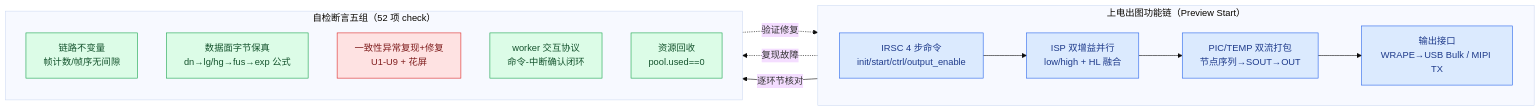
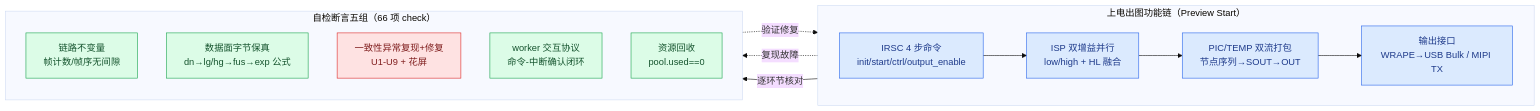
One commit to DeguiLiu/coact changed the diagram in docs/functional_test_report_zh.md. Above: the diagram before and after it, drawn with Mermaid (base theme). The commit also changed other lines of this file and 1 other file, not shown here.

Commit message:
story-docs(dm): update functional test report to 66 assertions

````diff
--- a/docs/functional_test_report_zh.md
+++ b/docs/functional_test_report_zh.md
@@ -7,23 +7,23 @@
 ```mermaid
 flowchart LR
     subgraph BOOT["上电出图功能链（Preview Start）"]
         direction LR
         A1["IRSC 4 步命令<br/>init/start/ctrl/output_enable"]:::f1 --> A2["ISP 双增益并行<br/>low/high + HL 融合"]:::f1
         A2 --> A3["PIC/TEMP 双流打包<br/>节点序列→SOUT→OUT"]:::f1
         A3 --> A4["输出接口<br/>WRAPE→USB Bulk / MIPI TX"]:::f1
     end
-    subgraph ASSERT["自检断言五组（52 项 check）"]
+    subgraph ASSERT["自检断言五组（66 项 check）"]
         direction TB
         B1["链路不变量<br/>帧计数/帧序无间隙"]:::f2
         B2["数据面字节保真<br/>dn→lg/hg→fus→exp 公式"]:::f2
         B3["一致性异常复现+修复<br/>U1-U9 + 花屏"]:::f3
         B4["worker 交互协议<br/>命令-中断确认闭环"]:::f2
         B5["资源回收<br/>pool.used==0"]:::f2
     end
     BOOT -->|"逐环节核对"| ASSERT
     A3 -.->|"复现故障"| B3
     B3 -.->|"验证修复"| A3
     classDef f1 fill:#dbeafe,stroke:#2563eb,color:#1e3a8a
     classDef f2 fill:#dcfce7,stroke:#16a34a,color:#14532d
     classDef f3 fill:#fee2e2,stroke:#dc2626,color:#7f1d1d
 ```
````
